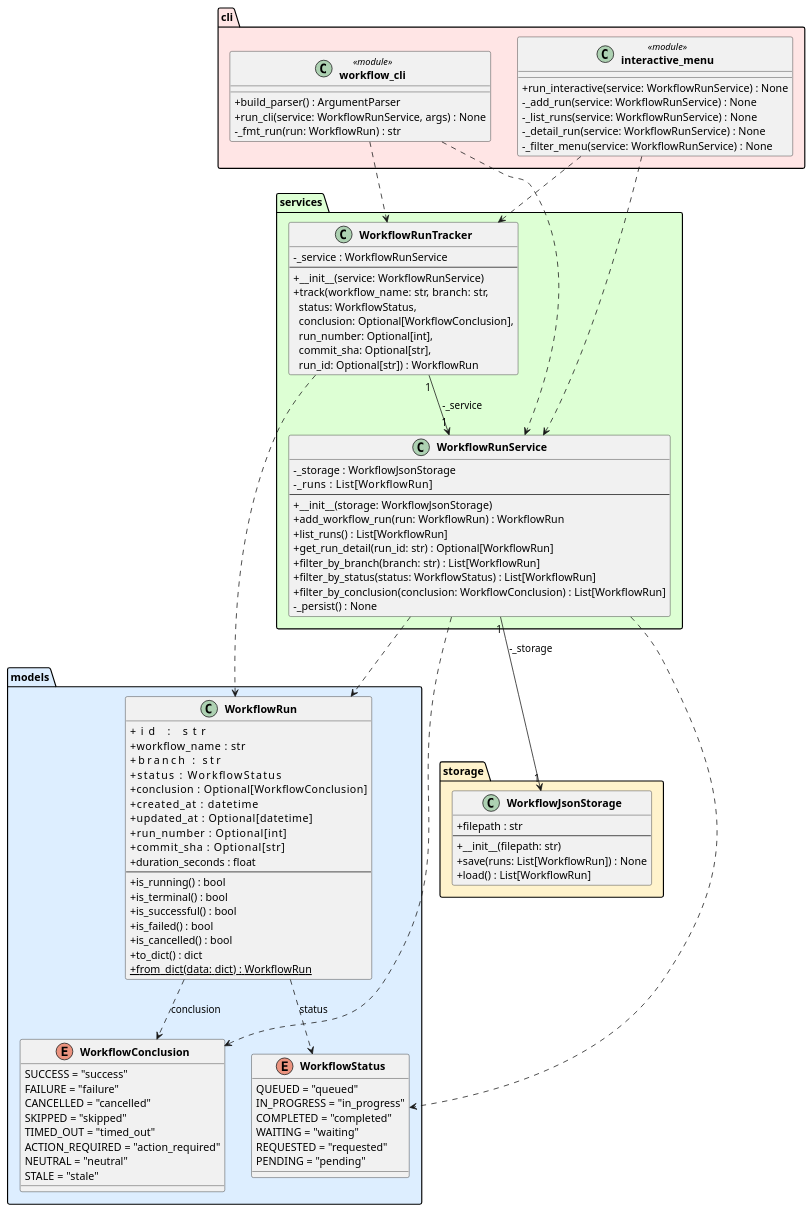
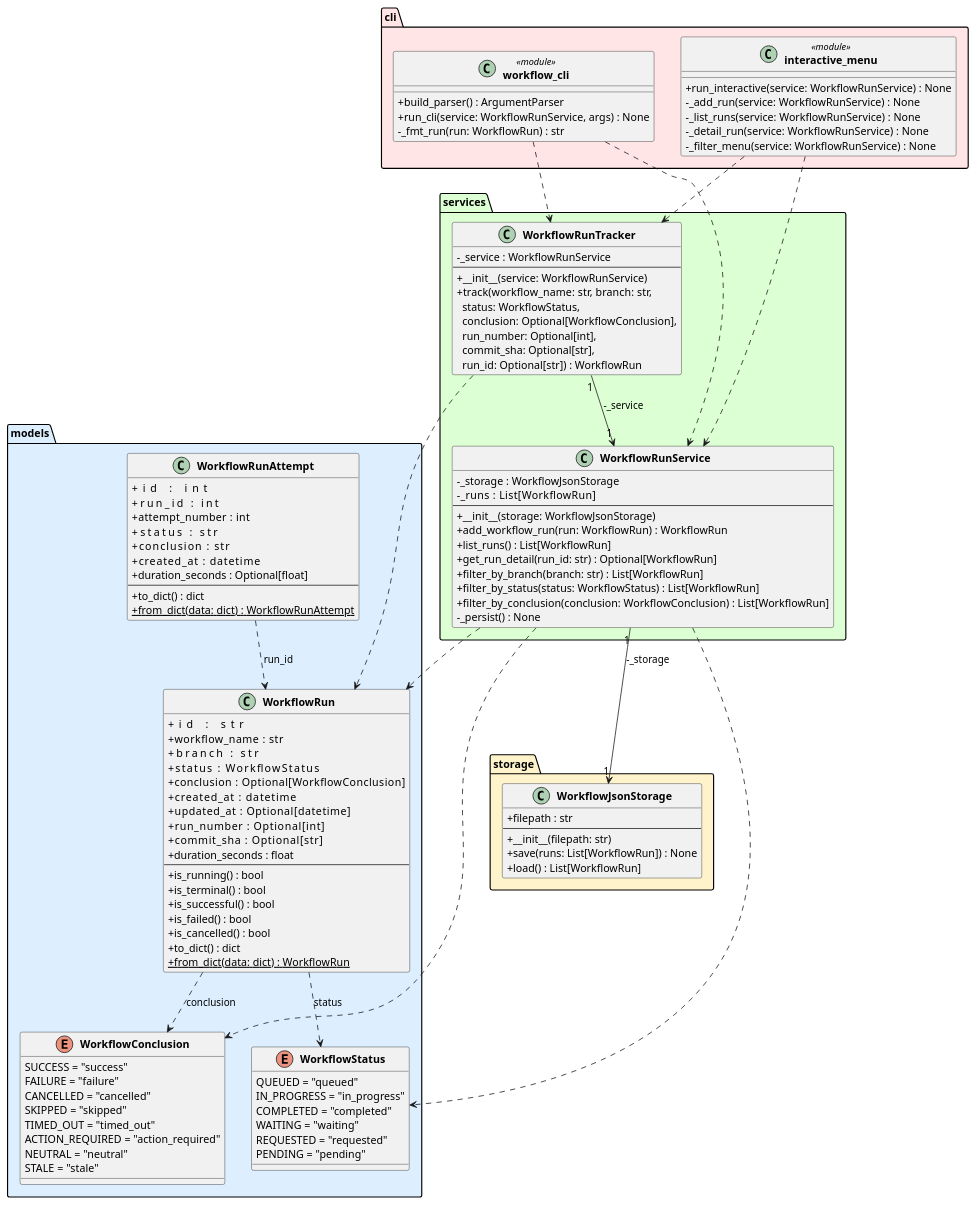
Before and after one commit to DanielRiha8906/Software_autoevolution_using_agents: the diagram in experiments/broadcast/test_driven/github-workflow-manager/artifacts/class_diagram.puml, drawn with PlantUML. The commit also changed 4 other files, not shown here.

```diff
--- a/experiments/broadcast/test_driven/github-workflow-manager/artifacts/class_diagram.puml
+++ b/experiments/broadcast/test_driven/github-workflow-manager/artifacts/class_diagram.puml
@@ -1,111 +1,125 @@
 @startuml class_diagram
 
 skinparam classAttributeIconSize 0
 skinparam classFontStyle bold
 
 package "models" #DDEEFF {
     enum WorkflowStatus {
         QUEUED = "queued"
         IN_PROGRESS = "in_progress"
         COMPLETED = "completed"
         WAITING = "waiting"
         REQUESTED = "requested"
         PENDING = "pending"
     }
 
     enum WorkflowConclusion {
         SUCCESS = "success"
         FAILURE = "failure"
         CANCELLED = "cancelled"
         SKIPPED = "skipped"
         TIMED_OUT = "timed_out"
         ACTION_REQUIRED = "action_required"
         NEUTRAL = "neutral"
         STALE = "stale"
     }
 
     class WorkflowRun {
         +id               : str
         +workflow_name    : str
         +branch           : str
         +status           : WorkflowStatus
         +conclusion       : Optional[WorkflowConclusion]
         +created_at       : datetime
         +updated_at       : Optional[datetime]
         +run_number       : Optional[int]
         +commit_sha       : Optional[str]
         +duration_seconds : float
         --
         +is_running() : bool
         +is_terminal() : bool
         +is_successful() : bool
         +is_failed() : bool
         +is_cancelled() : bool
         +to_dict() : dict
         +{static} from_dict(data: dict) : WorkflowRun
+    }
+
+    class WorkflowRunAttempt {
+        +id               : int
+        +run_id           : int
+        +attempt_number   : int
+        +status           : str
+        +conclusion       : str
+        +created_at       : datetime
+        +duration_seconds : Optional[float]
+        --
+        +to_dict() : dict
+        +{static} from_dict(data: dict) : WorkflowRunAttempt
     }
 }
 
 package "storage" #FFF3CC {
     class WorkflowJsonStorage {
         +filepath : str
         --
         +__init__(filepath: str)
         +save(runs: List[WorkflowRun]) : None
         +load() : List[WorkflowRun]
     }
 }
 
 package "services" #DDFFD4 {
     class WorkflowRunService {
         -_storage : WorkflowJsonStorage
         -_runs    : List[WorkflowRun]
         --
         +__init__(storage: WorkflowJsonStorage)
         +add_workflow_run(run: WorkflowRun) : WorkflowRun
         +list_runs() : List[WorkflowRun]
         +get_run_detail(run_id: str) : Optional[WorkflowRun]
         +filter_by_branch(branch: str) : List[WorkflowRun]
         +filter_by_status(status: WorkflowStatus) : List[WorkflowRun]
         +filter_by_conclusion(conclusion: WorkflowConclusion) : List[WorkflowRun]
         -_persist() : None
     }
 
     class WorkflowRunTracker {
         -_service : WorkflowRunService
         --
         +__init__(service: WorkflowRunService)
         +track(workflow_name: str, branch: str,\n  status: WorkflowStatus,\n  conclusion: Optional[WorkflowConclusion],\n  run_number: Optional[int],\n  commit_sha: Optional[str],\n  run_id: Optional[str]) : WorkflowRun
     }
 }
 
 package "cli" #FFE5E5 {
     class "workflow_cli" <<module>> {
         +build_parser() : ArgumentParser
         +run_cli(service: WorkflowRunService, args) : None
         -_fmt_run(run: WorkflowRun) : str
     }
 
     class "interactive_menu" <<module>> {
         +run_interactive(service: WorkflowRunService) : None
         -_add_run(service: WorkflowRunService) : None
         -_list_runs(service: WorkflowRunService) : None
         -_detail_run(service: WorkflowRunService) : None
         -_filter_menu(service: WorkflowRunService) : None
     }
 }
 
 WorkflowRun                ..>  WorkflowStatus        : status
 WorkflowRun                ..>  WorkflowConclusion    : conclusion
+WorkflowRunAttempt         ..>  WorkflowRun           : run_id
 WorkflowRunService    "1" --> "1" WorkflowJsonStorage : -_storage
 WorkflowRunService         ..>  WorkflowRun
 WorkflowRunService         ..>  WorkflowStatus
 WorkflowRunService         ..>  WorkflowConclusion
 WorkflowRunTracker    "1" --> "1" WorkflowRunService  : -_service
 WorkflowRunTracker         ..>  WorkflowRun
 "workflow_cli"             ..>  WorkflowRunService
 "workflow_cli"             ..>  WorkflowRunTracker
 "interactive_menu"         ..>  WorkflowRunService
 "interactive_menu"         ..>  WorkflowRunTracker
 
 @enduml
```
